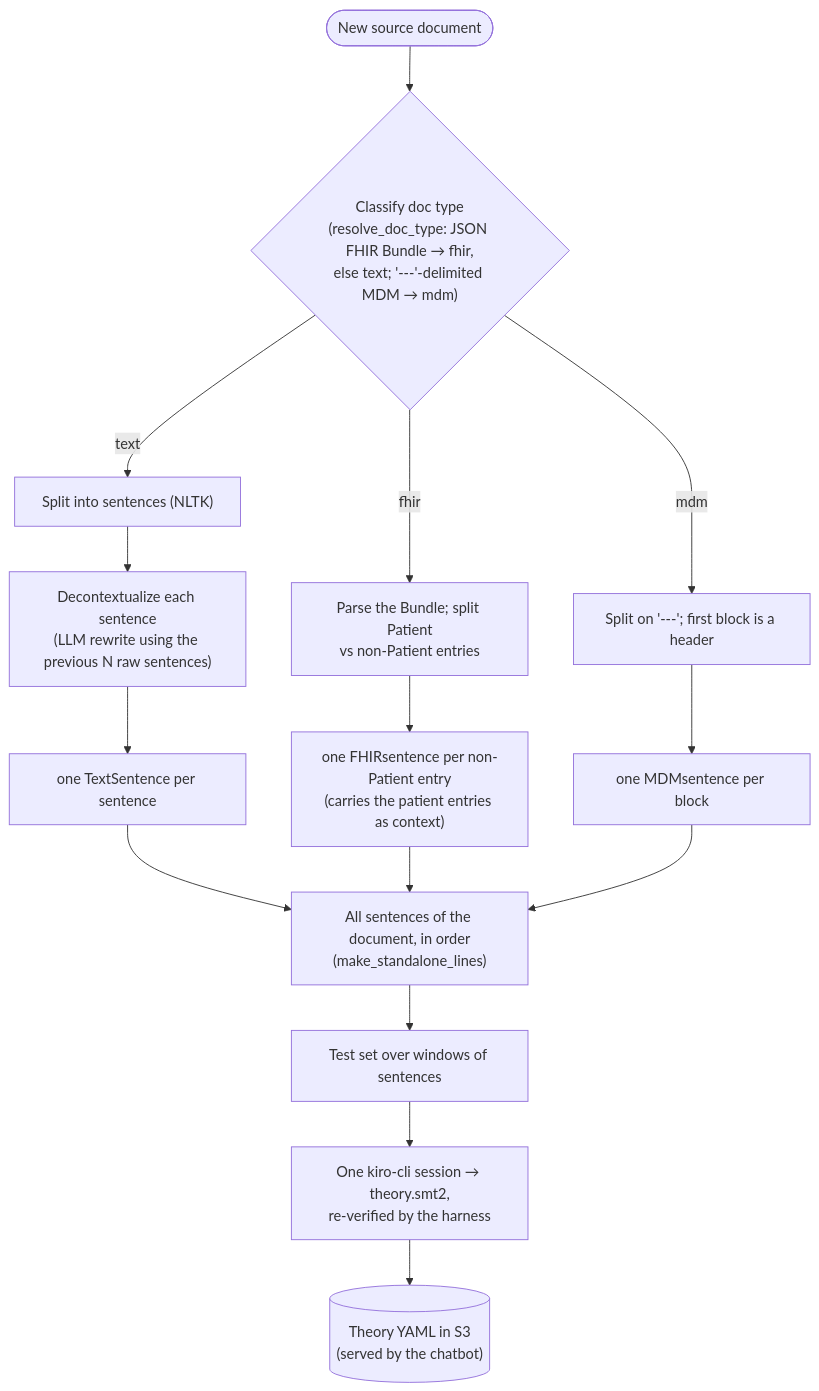
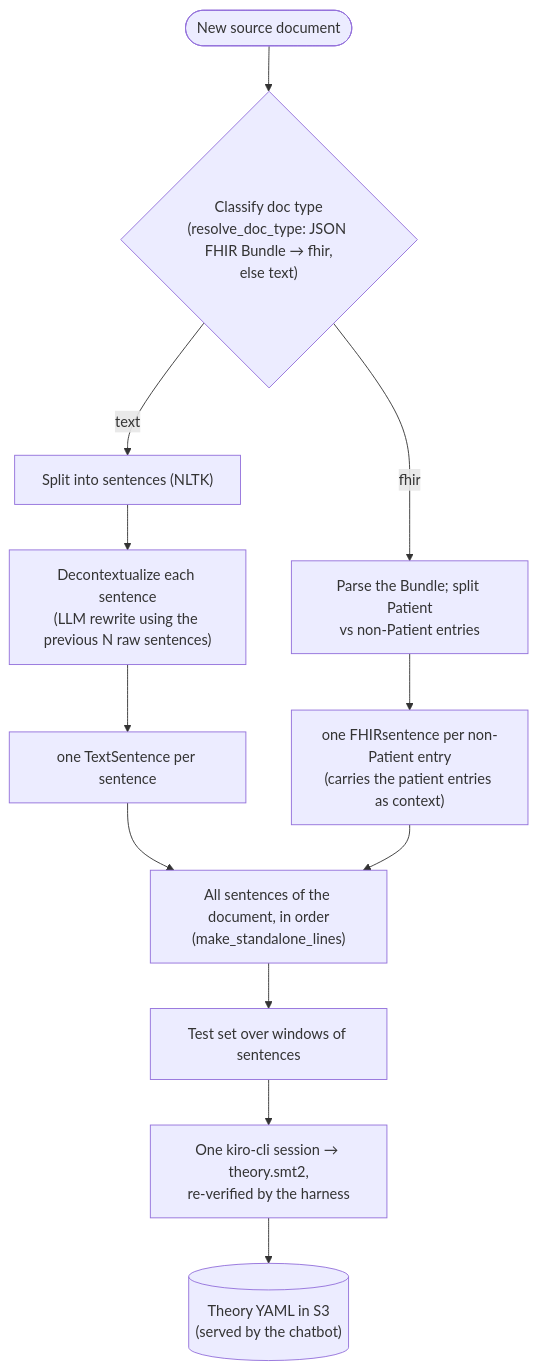
The third of 3 diagrams in README.md (aws-samples/sample-provably-correct-chatbot-using-first-order-logic), drawn with Mermaid before and after one commit. The commit also changed other lines of this file, not shown here.

First line of the commit message:
docs(readme): remove the MDM document type, which is no longer supported

````diff
--- a/README.md
+++ b/README.md
@@ -434,21 +434,18 @@
 ```mermaid
 flowchart TB
     doc([New source document])
-    classify{"Classify doc type<br/>(resolve_doc_type: JSON FHIR Bundle → fhir,<br/>else text; '---'-delimited MDM → mdm)"}
+    classify{"Classify doc type<br/>(resolve_doc_type: JSON FHIR Bundle → fhir,<br/>else text)"}
     doc --> classify
 
     classify -->|text| t1["Split into sentences (NLTK)"]
     t1 --> t2["Decontextualize each sentence<br/>(LLM rewrite using the previous N raw sentences)"]
     t2 --> tsent["one TextSentence per sentence"]
 
     classify -->|fhir| f1["Parse the Bundle; split Patient<br/>vs non-Patient entries"]
     f1 --> fsent["one FHIRsentence per non-Patient entry<br/>(carries the patient entries as context)"]
 
-    classify -->|mdm| m1["Split on '---'; first block is a header"]
-    m1 --> msent["one MDMsentence per block"]
-
-    tsent & fsent & msent --> all["All sentences of the document, in order<br/>(make_standalone_lines)"]
+    tsent & fsent --> all["All sentences of the document, in order<br/>(make_standalone_lines)"]
     all --> qa["Test set over windows of sentences"]
     qa --> kiro["One kiro-cli session → theory.smt2,<br/>re-verified by the harness"]
     kiro --> out[("Theory YAML in S3<br/>(served by the chatbot)")]
 ```
````
